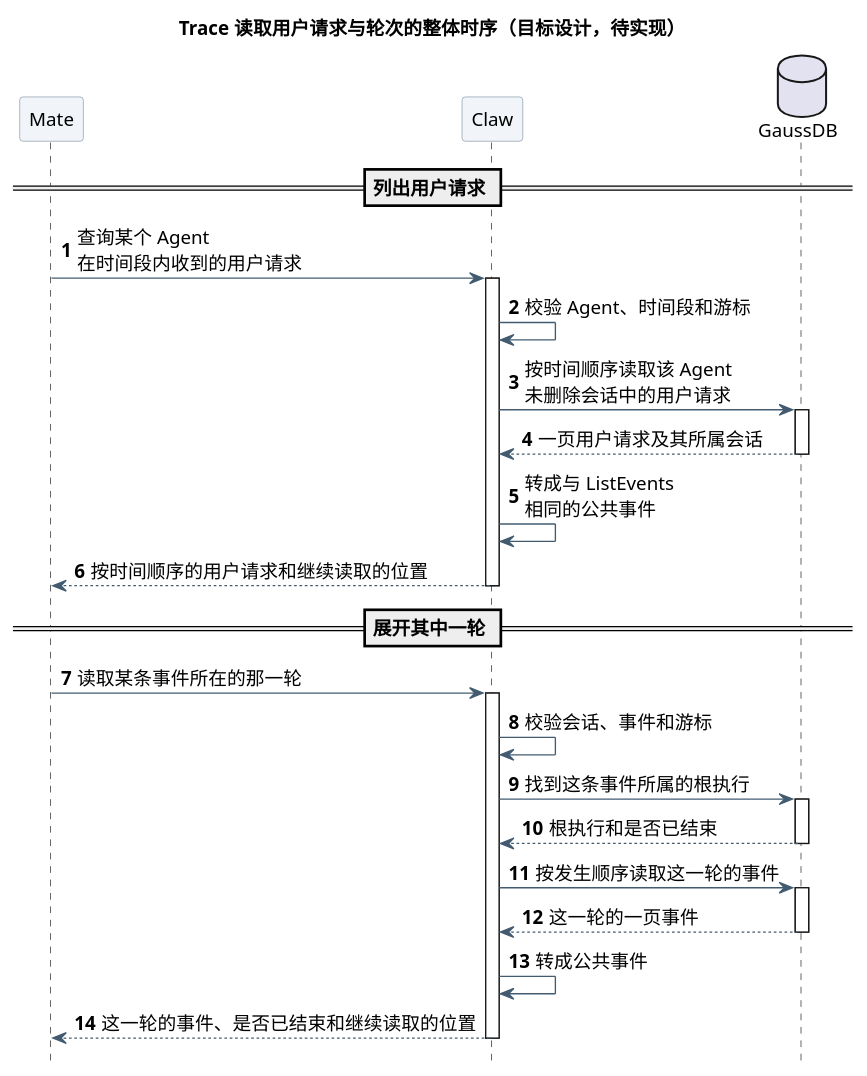
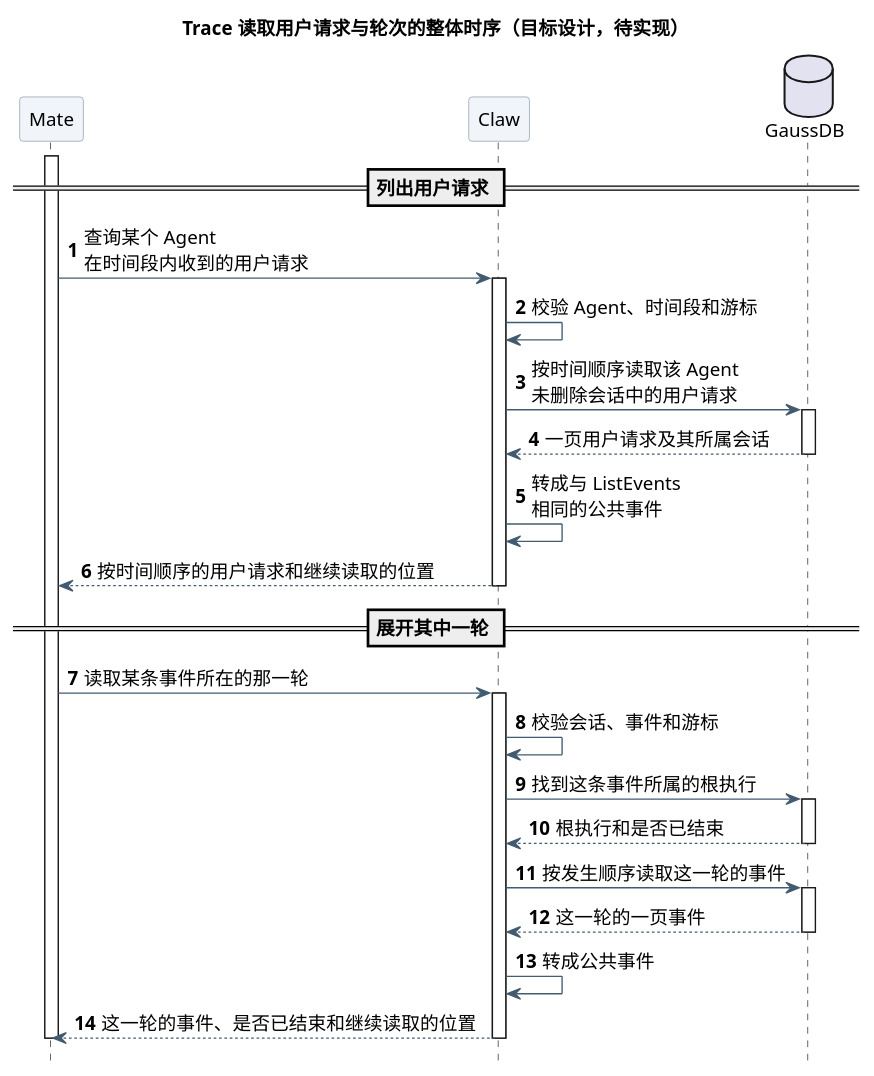
The first of 3 diagrams in 01-总体架构/01-CampusClaw多Agent运行时/设计图/Agent用户事件查询/diagram.puml (ssm0808/pi-mono-java-design), drawn with PlantUML before and after one commit. The commit also changed 4 other files, not shown here.

```diff
--- a/01-总体架构/01-CampusClaw多Agent运行时/设计图/Agent用户事件查询/diagram.puml
+++ b/01-总体架构/01-CampusClaw多Agent运行时/设计图/Agent用户事件查询/diagram.puml
@@ -1,52 +1,54 @@
 @startuml agent_user_events_overview
 ' 源码证据：pi-mono-java main 769e86592285f4a25b0febaf551eddea6bc7212c
 ' modules/coding-agent-cli/src/main/java/com/campusclaw/codingagent/runtimeapi/
 ' web/RuntimeEventController.java:list
 ' event/CommittedEventQueryService.java:list,pageOf
 ' event/CommittedEventProjection.java:project
 ' persistence/MyBatisRuntimeExecutionControlRepository.java:linkCommittedEvent
 ' 已观察行为：事件只能按单个 Session 读取；轮次以根执行和结果段关联的形式存在。
 ' 设计原因：服务级视图，只画 Mate、Claw 与 GaussDB 之间的交互；Claw 内部分层见详细时序与类图。
 ' 待实现：两个读取接口和事件表 agent_id 索引。
 skinparam backgroundColor white
 skinparam defaultFontName SansSerif
 skinparam defaultFontSize 14
 skinparam shadowing false
 skinparam ArrowColor #425B70
 skinparam sequenceParticipantBackgroundColor #F1F5F9
 skinparam sequenceParticipantBorderColor #8496A4
 skinparam sequenceMessageAlign left
 skinparam maxMessageSize 190
 hide footbox
 autonumber
 title Trace 读取用户请求与轮次的整体时序（目标设计，待实现）
 participant "Mate" as Mate
 participant "Claw" as Claw
 database "GaussDB" as DB
 == 列出用户请求 ==
+activate Mate
 Mate -> Claw : 查询某个 Agent 在时间段内收到的用户请求
 activate Claw
 Claw -> Claw : 校验 Agent、时间段和游标
 Claw -> DB : 按时间顺序读取该 Agent 未删除会话中的用户请求
 activate DB
 DB --> Claw : 一页用户请求及其所属会话
 deactivate DB
 Claw -> Claw : 转成与 ListEvents 相同的公共事件
 Claw --> Mate : 按时间顺序的用户请求和继续读取的位置
 deactivate Claw
 == 展开其中一轮 ==
 Mate -> Claw : 读取某条事件所在的那一轮
 activate Claw
 Claw -> Claw : 校验会话、事件和游标
 Claw -> DB : 找到这条事件所属的根执行
 activate DB
 DB --> Claw : 根执行和是否已结束
 deactivate DB
 Claw -> DB : 按发生顺序读取这一轮的事件
 activate DB
 DB --> Claw : 这一轮的一页事件
 deactivate DB
 Claw -> Claw : 转成公共事件
 Claw --> Mate : 这一轮的事件、是否已结束和继续读取的位置
 deactivate Claw
+deactivate Mate
 @enduml
```
